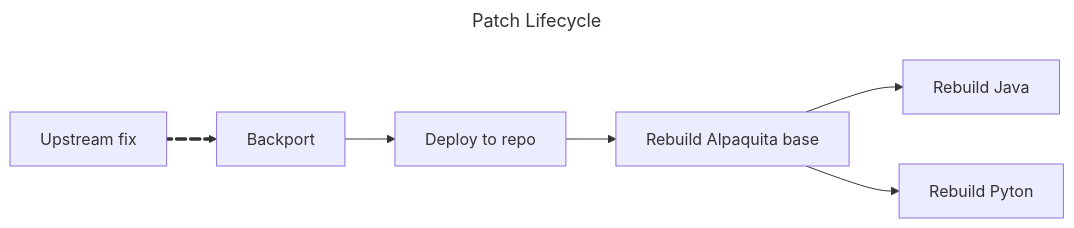
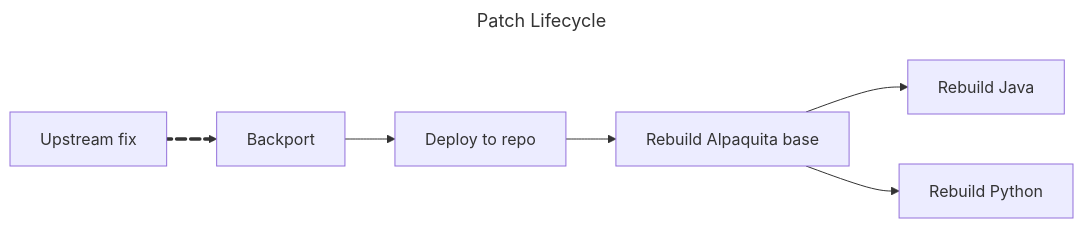
Before and after one commit to code-with-bellsoft/open-source-security-jrush-2025: the second of 2 diagrams in slides.md, drawn with Mermaid. The commit also changed other lines of this file, not shown here.

````diff
--- a/slides.md
+++ b/slides.md
@@ -226,13 +226,13 @@
 ```mermaid
 ---
 title: Patch Lifecycle
 ---
 
 flowchart LR
     A[Upstream fix] e1@==> B[Backport]
     e1@{ animate: true }
     B --> C[Deploy to repo]
     C --> D[Rebuild Alpaquita base]
     D --> E[Rebuild Java]
-    D --> F[Rebuild Pyton]
+    D --> F[Rebuild Python]
 ```
````
